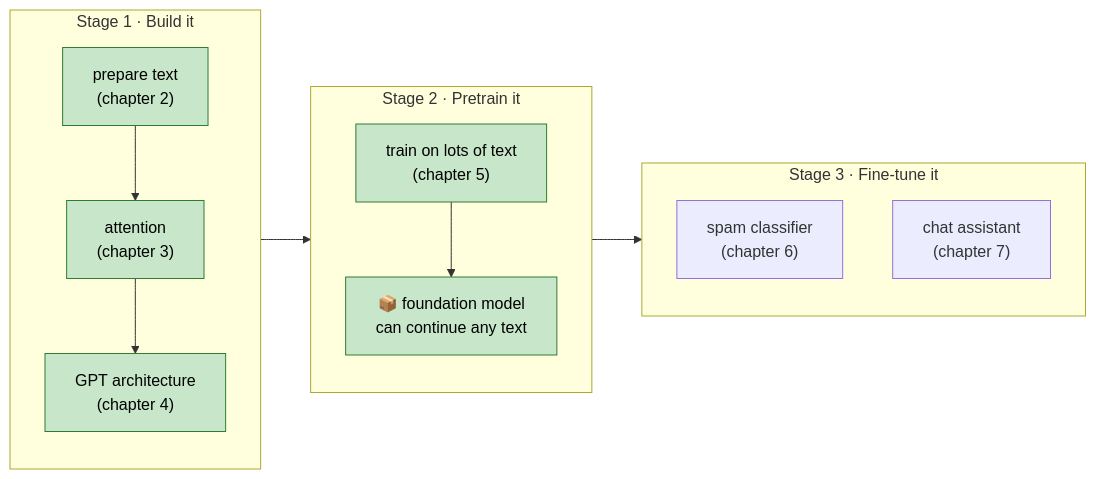
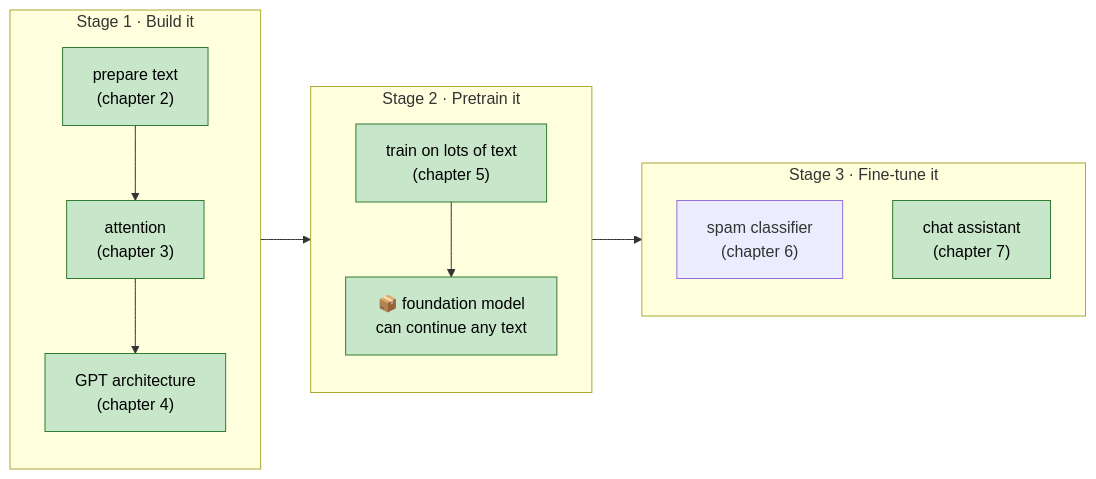
One commit to Ranjeet0611/tinygpt changed the fourth of 7 diagrams in docs/00-what-is-an-llm.md. Above: the diagram before and after it, drawn with Mermaid. The commit also changed other lines of this file and 40 other files, not shown here.

````diff
--- a/docs/00-what-is-an-llm.md
+++ b/docs/00-what-is-an-llm.md
@@ -66,16 +66,16 @@
 ```mermaid
 flowchart LR
     subgraph S1["Stage 1 · Build it"]
         A1["prepare text<br/>(chapter 2)"] --> A2["attention<br/>(chapter 3)"] --> A3["GPT architecture<br/>(chapter 4)"]
     end
     subgraph S2["Stage 2 · Pretrain it"]
         B1["train on lots of text<br/>(chapter 5)"] --> B2["📦 foundation model<br/>can continue any text"]
     end
     subgraph S3["Stage 3 · Fine-tune it"]
         C1["spam classifier<br/>(chapter 6)"]
         C2["chat assistant<br/>(chapter 7)"]
     end
     S1 --> S2 --> S3
     classDef done fill:#c8e6c9,stroke:#2e7d32,color:#000
-    class A1,A2,A3,B1,B2 done
+    class A1,A2,A3,B1,B2,C2 done
 ```
````
